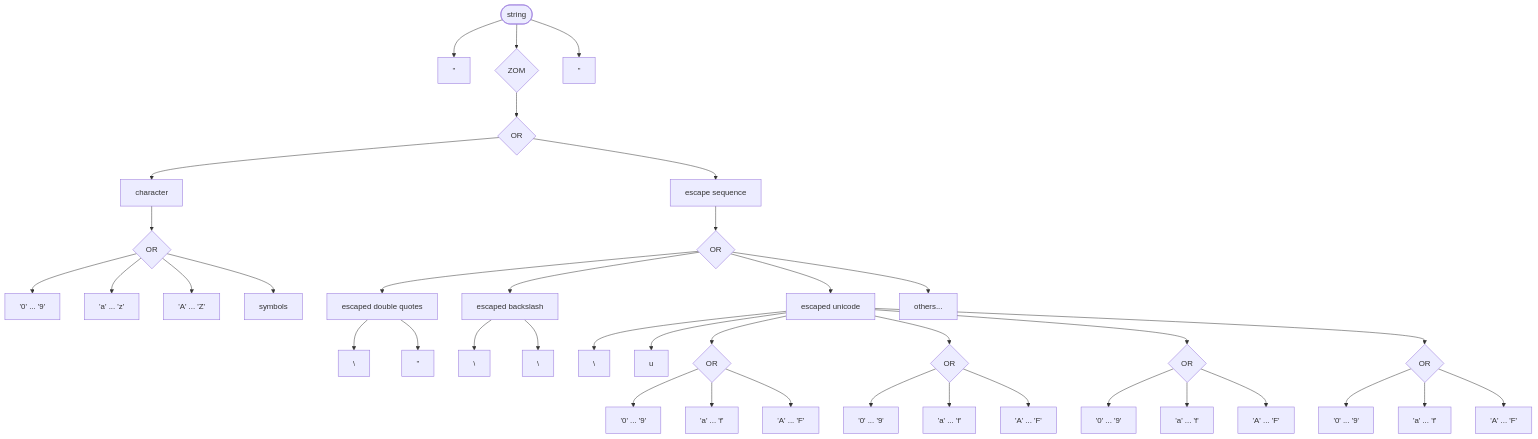
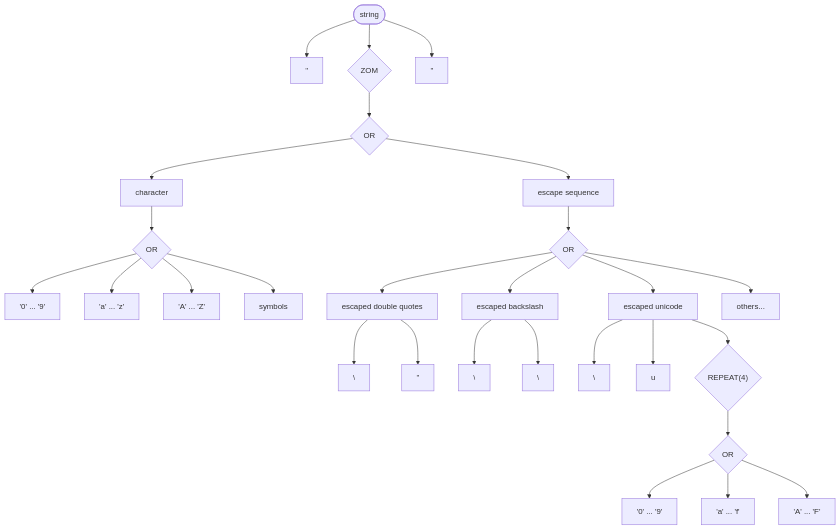
Before and after one commit to iacobucci/spl: the second of 3 diagrams in README.md, drawn with Mermaid. The commit also changed other lines of this file and 1 other file, not shown here.

Commit message:
2026-02-27 17:58:19

````diff
--- a/README.md
+++ b/README.md
@@ -98,42 +102,31 @@
 ```mermaid
 graph TD
  string(["string"])
  string --> dq["#quot;"]
  string --> optc_zom{"ZOM"}
  optc_zom --> optc_or{"OR"}
  optc_or --> character
  character --> c_or{"OR"}
  c_or --> digit["'0' ... '9'"]
  c_or --> lowercase["'a' ... 'z'"]
  c_or --> uppercase["'A' ... 'Z'"]
  c_or --> sym["symbols"]
  optc_or --> escape_sequence["escape sequence"]
  escape_sequence --> e_or{"OR"}
  e_or --> escaped_double_quotes["escaped double quotes"]
  escaped_double_quotes --> edb["\"]
  escaped_double_quotes --> edq["#quot;"]
  e_or --> escaped_backslash["escaped backslash"]
  escaped_backslash --> ebb["\"]
  escaped_backslash --> ebb1["\"]
  e_or --> escaped_unicode["escaped unicode"]
  escaped_unicode --> ub["\"]
  escaped_unicode --> uu["u"]
- escaped_unicode --> u_or{"OR"}
+ escaped_unicode --> u_rp{"REPEAT(4)"}
+ u_rp --> u_or{"OR"}
  u_or --> d["'0' ... '9'"]
  u_or --> a["'a' ... 'f'"]
  u_or --> aa["'A' ... 'F'"]
- escaped_unicode --> u_or1{"OR"}
- u_or1 --> d1["'0' ... '9'"]
- u_or1 --> a1["'a' ... 'f'"]
- u_or1 --> aa1["'A' ... 'F'"]
- escaped_unicode --> u_or2{"OR"}
- u_or2 --> d2["'0' ... '9'"]
- u_or2 --> a2["'a' ... 'f'"]
- u_or2 --> aa2["'A' ... 'F'"]
- escaped_unicode --> u_or3{"OR"}
- u_or3 --> d3["'0' ... '9'"]
- u_or3 --> a3["'a' ... 'f'"]
- u_or3 --> aa3["'A' ... 'F'"]
  e_or --> others["others..."]
  string --> dq1["#quot;"]
 ```
````
